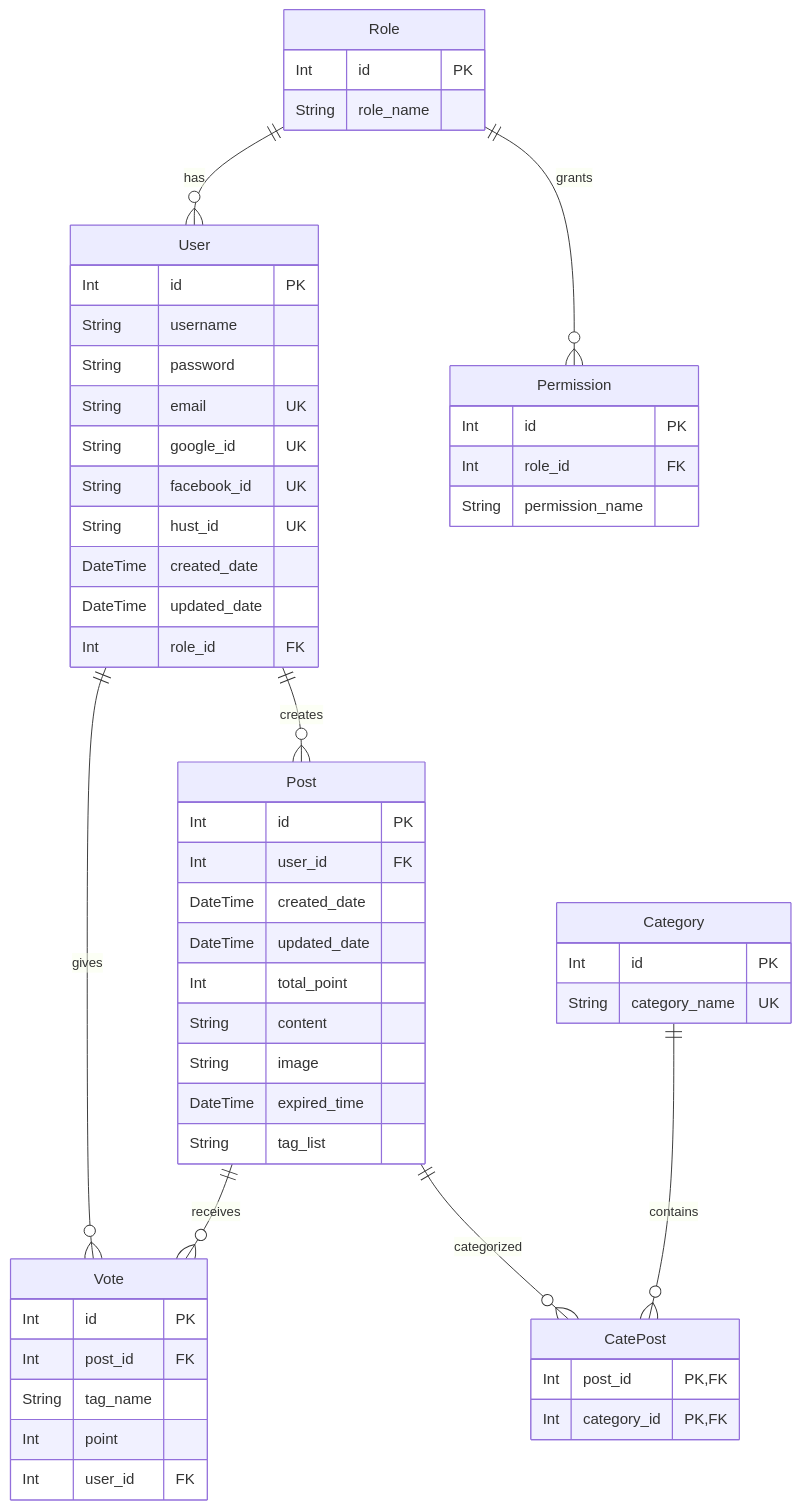
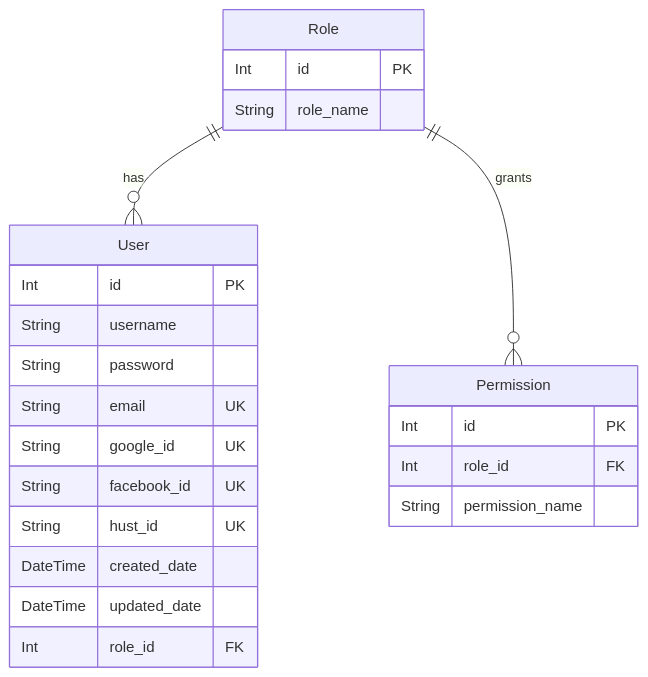
Diagram 12 of 12 in README.md (KVan11/Auth-System), drawn with Mermaid before and after one commit. The commit also changed other lines of this file and 18 other files, not shown here.

````diff
--- a/README.md
+++ b/README.md
@@ -379,68 +379,30 @@
 ```mermaid
 erDiagram
 
     User {
         Int id PK
         String username
         String password
         String email UK
         String google_id UK
         String facebook_id UK
         String hust_id UK
         DateTime created_date
         DateTime updated_date
         Int role_id FK
     }
 
     Role {
         Int id PK
         String role_name
     }
 
     Permission {
         Int id PK
         Int role_id FK
         String permission_name
     }
 
-    Post {
-        Int id PK
-        Int user_id FK
-        DateTime created_date
-        DateTime updated_date
-        Int total_point
-        String content
-        String image
-        DateTime expired_time
-        String tag_list
-    }
-
-    Category {
-        Int id PK
-        String category_name UK
-    }
-
-    CatePost {
-        Int post_id PK, FK
-        Int category_id PK, FK
-    }
-
-    Vote {
-        Int id PK
-        Int post_id FK
-        String tag_name
-        Int point
-        Int user_id FK
-    }
-
     Role ||--o{ User : has
     Role ||--o{ Permission : grants
-
-    User ||--o{ Post : creates
-    User ||--o{ Vote : gives
-
-    Post ||--o{ Vote : receives
-
-    Post ||--o{ CatePost : categorized
-    Category ||--o{ CatePost : contains
 ```
````
